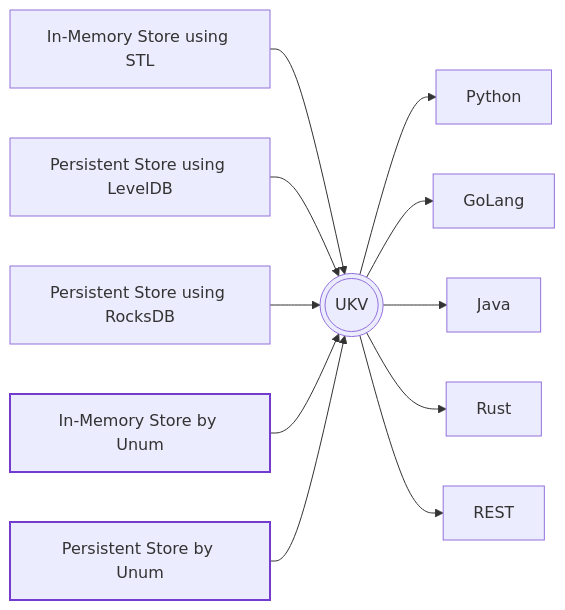
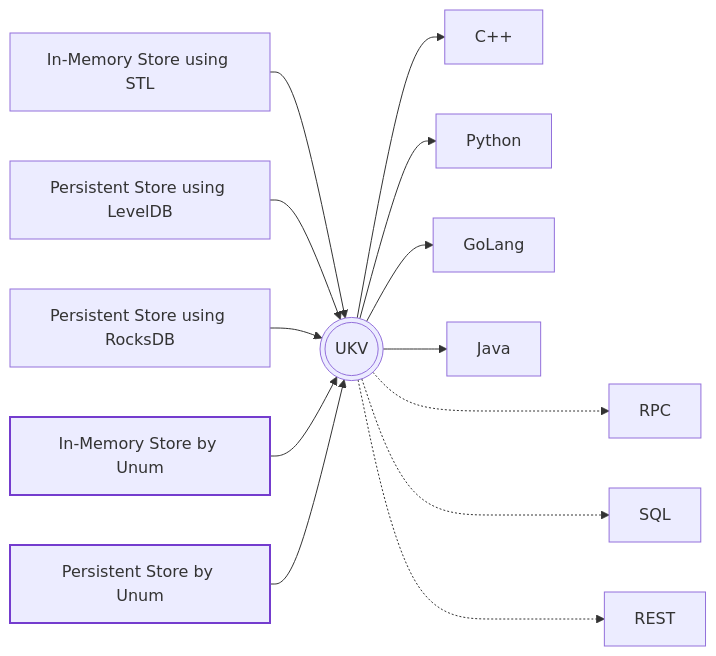
One commit to unum-cloud/ustore changed the diagram in README.md. Above: the diagram before and after it, drawn with Mermaid. The commit also changed other lines of this file, not shown here.

````diff
--- a/README.md
+++ b/README.md
@@ -5,30 +19,32 @@
 ```mermaid
 flowchart LR
   
   ukv(((UKV)))
 
   id1[In-Memory Store using STL] --> ukv;
   id7[Persistent Store using LevelDB] --> ukv;
   id3[Persistent Store using RocksDB] --> ukv;
   id2[In-Memory Store by Unum] --> ukv;
   id4[Persistent Store by Unum] --> ukv;
   %% id5[In-Memory Distributed Store by Unum] --> ukv;
   %% id6[Persistent Distributed Store by Unum] --> ukv;
   
   %% id2 -.-> id5 
   %% id4 -.-> id6 
   
+  ukv --> C++;
   ukv --> Python;
+  ukv -..-> RPC;
   ukv --> GoLang;
+  ukv -..-> SQL;
   ukv --> Java;
-  ukv --> Rust;
-  ukv --> REST;
+  ukv -..-> REST;
   
   %% ukv --> SQL;
   %% ukv ---> Redis;
   %% ukv ---> Lucene;
   %% ukv ---> MongoDB;
   
   style id2 stroke:#743cce,stroke-width:2px;
   style id4 stroke:#743cce,stroke-width:2px;
 ```
````
